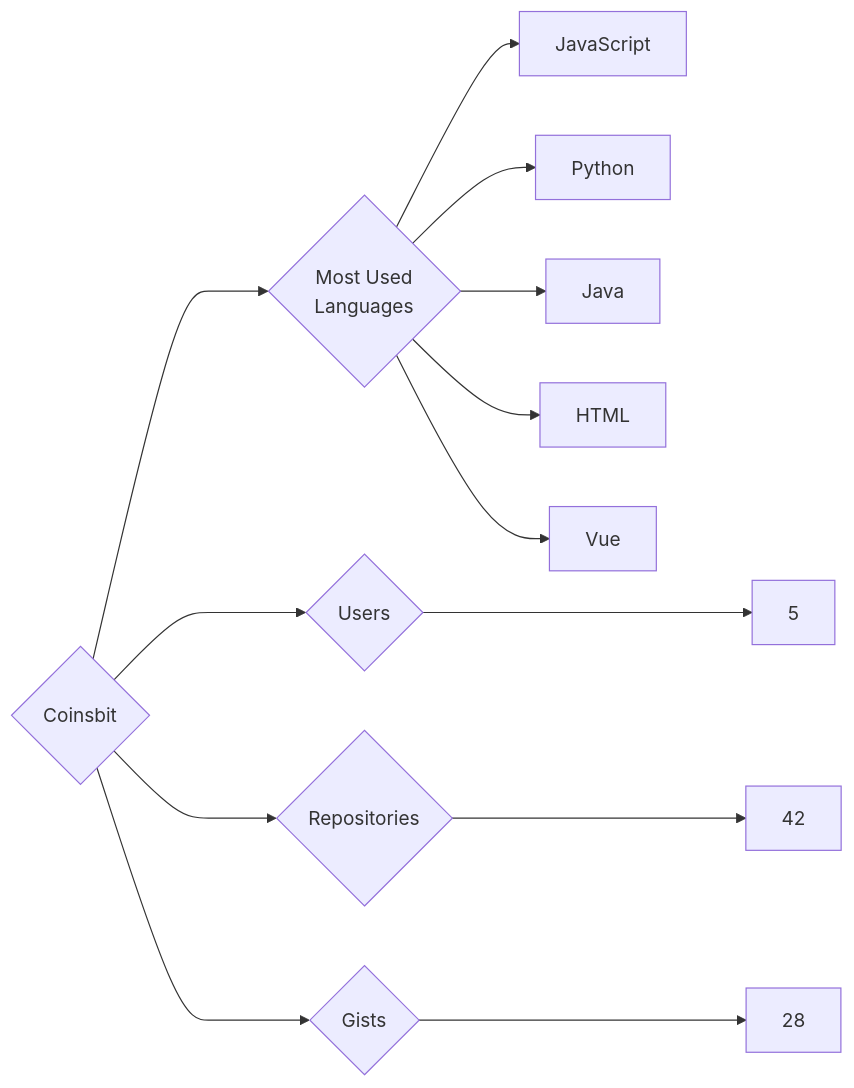
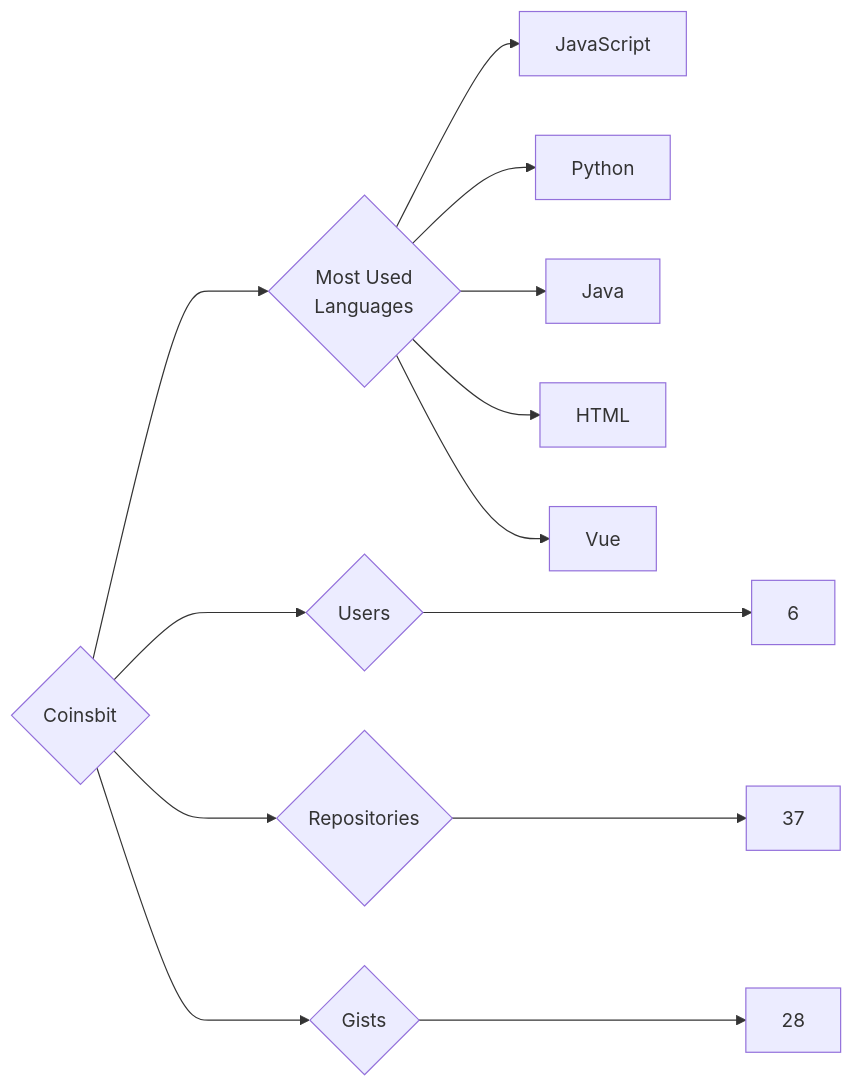
The diagram in targets/Coinsbit/README.md (trickest/insiders), drawn with Mermaid before and after one commit. The commit also changed 724 other files, not shown here.

````diff
--- a/targets/Coinsbit/README.md
+++ b/targets/Coinsbit/README.md
@@ -3,13 +3,13 @@
 ```mermaid
 graph LR
 COMPANY_NAME{Coinsbit}
-COMPANY_NAME ---> U{Users} ---> UN[5]
-COMPANY_NAME ---> R{Repositories} ---> RN[42]
+COMPANY_NAME ---> U{Users} ---> UN[6]
+COMPANY_NAME ---> R{Repositories} ---> RN[37]
 COMPANY_NAME ---> G{Gists} ---> GN[28]
 COMPANY_NAME ---> ML{Most Used<br>Languages}
 ML --> JavaScript[JavaScript]
 ML --> Python[Python]
 ML --> Java[Java]
 ML --> HTML[HTML]
 ML --> Vue[Vue]
 ```
````
